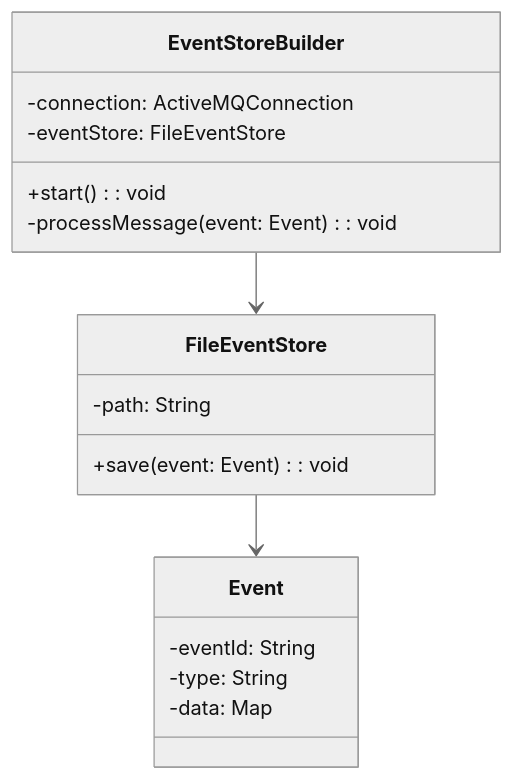
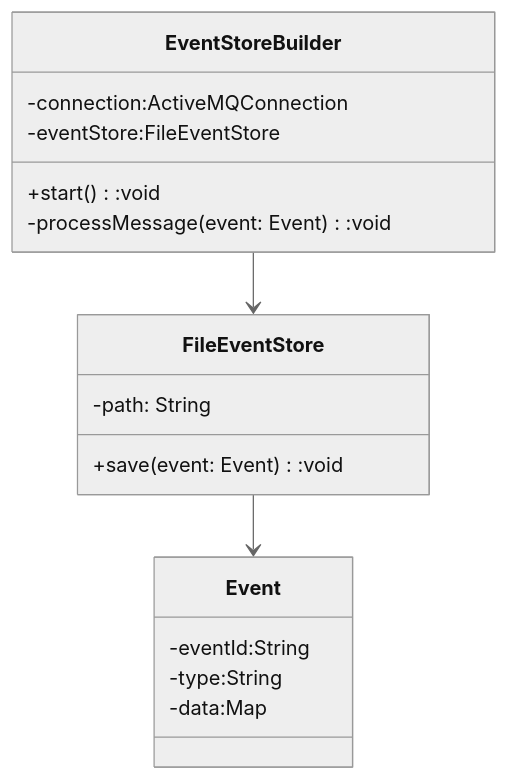
The fourth of 5 diagrams in README.md (TechnoRadar/techno-radar), drawn with Mermaid (neutral theme) before and after one commit. The commit also changed other lines of this file, not shown here.

Commit message:
Fix formatting in class diagrams in README.md

````diff
--- a/README.md
+++ b/README.md
@@ -283,20 +283,20 @@
 ```mermaid
 classDiagram
     class EventStoreBuilder {
-        -connection: ActiveMQConnection
-        -eventStore: FileEventStore
-        +start(): void
-        -processMessage(event: Event): void
+        -connection:ActiveMQConnection
+        -eventStore:FileEventStore
+        +start():void
+        -processMessage(event: Event):void
     }
     class FileEventStore {
         -path: String
-        +save(event: Event): void
+        +save(event: Event):void
     }
     class Event {
-        -eventId: String
-        -type: String
-        -data: Map
+        -eventId:String
+        -type:String
+        -data:Map
     }
     EventStoreBuilder --> FileEventStore
     FileEventStore --> Event
 ```
````
